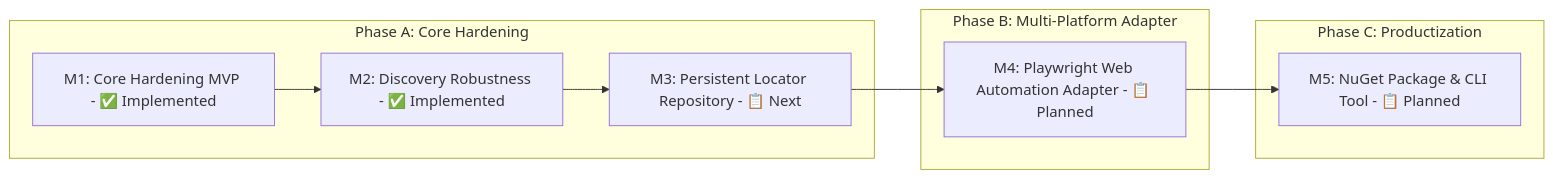
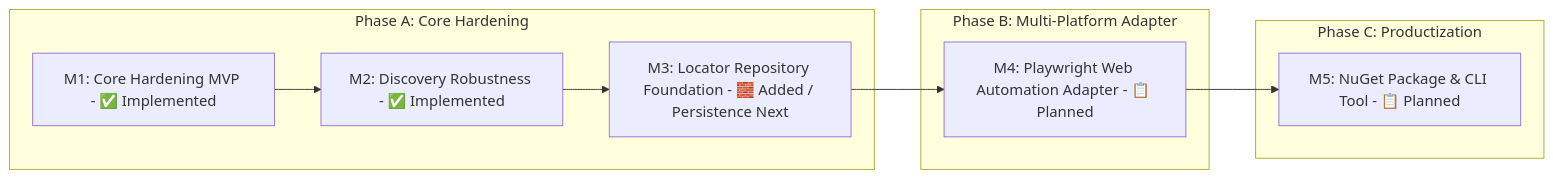
One commit to mustafasercansak/automation-sandbox changed the third of 6 diagrams in PROJECT_SHOWCASE.md. Above: the diagram before and after it, drawn with Mermaid. The commit also changed other lines of this file and 8 other files, not shown here.

Commit message:
feat: implement Locator Repository foundation with JSON serialization and validation; enhance self-healing logic with new tests

````diff
--- a/PROJECT_SHOWCASE.md
+++ b/PROJECT_SHOWCASE.md
@@ -174,16 +174,16 @@
 ```mermaid
 graph LR
     subgraph PhaseA [Phase A: Core Hardening]
         M1[M1: Core Hardening MVP - ✅ Implemented]
         M2[M2: Discovery Robustness - ✅ Implemented]
-        M3[M3: Persistent Locator Repository - 📋 Next]
+        M3[M3: Locator Repository Foundation - 🧱 Added / Persistence Next]
         M1 --> M2 --> M3
     end
     subgraph PhaseB [Phase B: Multi-Platform Adapter]
         M4[M4: Playwright Web Automation Adapter - 📋 Planned]
     end
     subgraph PhaseC [Phase C: Productization]
         M5[M5: NuGet Package & CLI Tool - 📋 Planned]
     end
     M3 --> M4 --> M5
 ```
````
